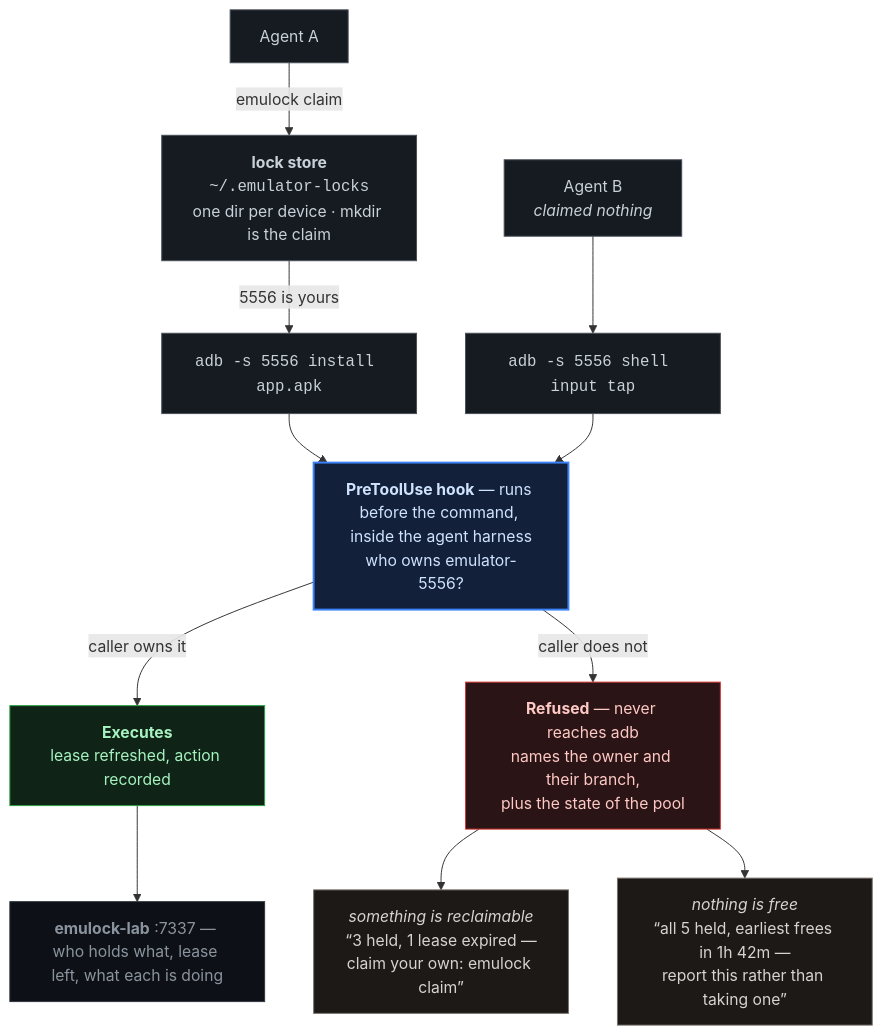
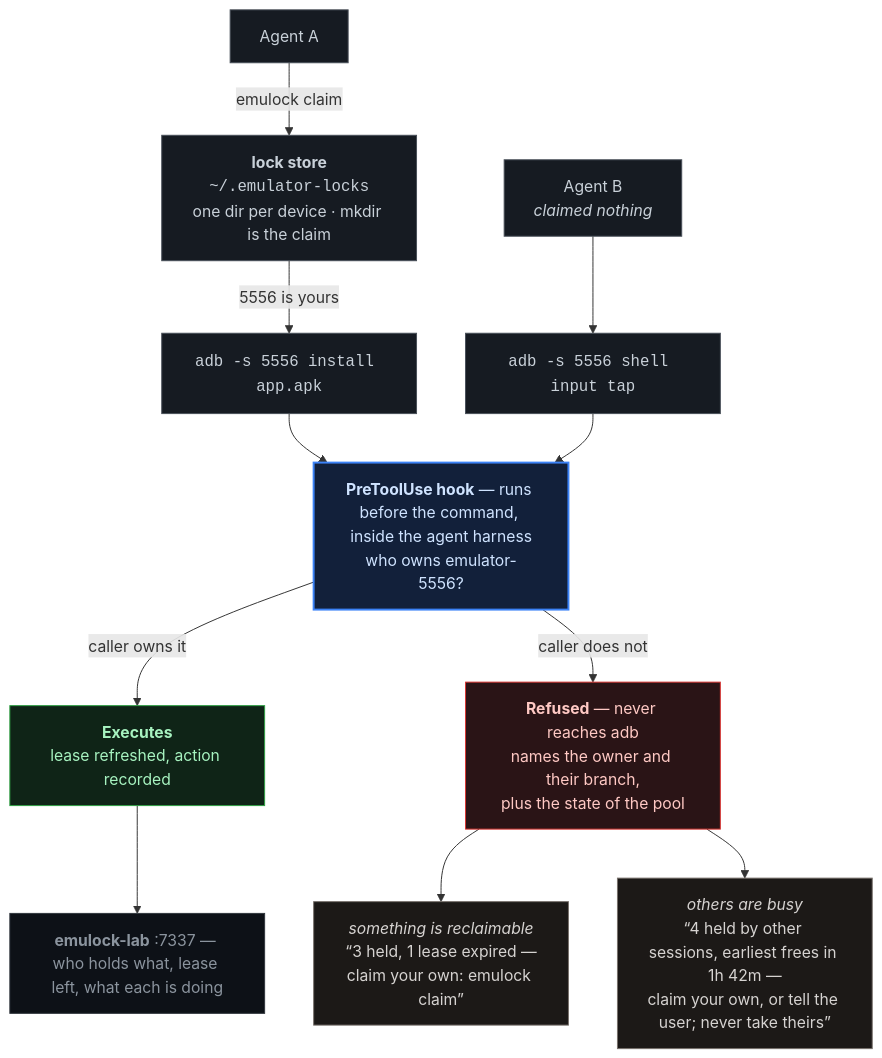
Before and after one commit to BoukhariAyoub/emulock: the diagram in README.md, drawn with Mermaid. The commit also changed other lines of this file and 2 other files, not shown here.

First line of the commit message:
Never let a refusal call the machine full

````diff
--- a/README.md
+++ b/README.md
@@ -50,33 +50,33 @@
 ```mermaid
 flowchart TB
     A["Agent A"] -->|"emulock claim"| LS["<b>lock store</b><br/><code>~/.emulator-locks</code><br/>one dir per device · mkdir is the claim"]
     B["Agent B<br/><i>claimed nothing</i>"] --> CB
 
     LS -->|"5556 is yours"| CA["<code>adb -s 5556 install app.apk</code>"]
     CB["<code>adb -s 5556 shell input tap</code>"]
 
     CA --> HOOK
     CB --> HOOK
     HOOK["<b>PreToolUse hook</b> — runs before the command, inside the agent harness<br/>who owns emulator-5556?"]
 
     HOOK -->|"caller owns it"| OK["<b>Executes</b><br/>lease refreshed, action recorded"]
     HOOK -->|"caller does not"| NO["<b>Refused</b> — never reaches adb<br/>names the owner and their branch,<br/>plus the state of the pool"]
 
     NO --> FREE["<i>something is reclaimable</i><br/>“3 held, 1 lease expired —<br/>claim your own: emulock claim”"]
-    NO --> BUSY["<i>nothing is free</i><br/>“all 5 held, earliest frees in 1h 42m —<br/>report this rather than taking one”"]
+    NO --> BUSY["<i>others are busy</i><br/>“4 held by other sessions, earliest frees in 1h 42m —<br/>claim your own, or tell the user; never take theirs”"]
 
     OK --> LAB["<b>emulock-lab</b> :7337 — who holds what, lease left, what each is doing"]
 
     classDef n fill:#161b22,stroke:#484f58,color:#c9d1d9
     classDef h fill:#12203a,stroke:#3b82f6,color:#cfe3ff,stroke-width:2px
     classDef p fill:#0f2417,stroke:#2ea043,color:#a7f3c0
     classDef d fill:#2a1416,stroke:#da3633,color:#ffc9c4
     classDef o fill:#1c1917,stroke:#78716c,color:#d6d3d1
     classDef q fill:#0d1117,stroke:#30363d,color:#8b949e
     class A,B,LS,CA,CB n
     class HOOK h
     class OK p
     class NO d
     class FREE,BUSY o
     class LAB q
 ```
````
